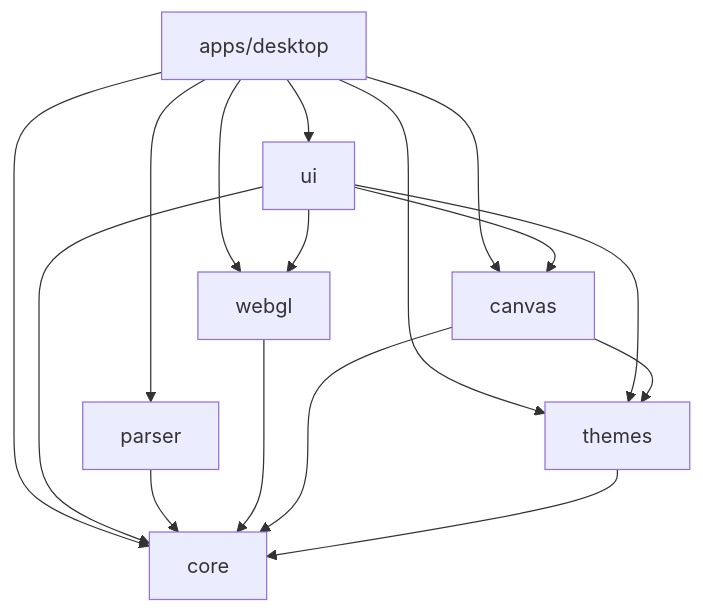
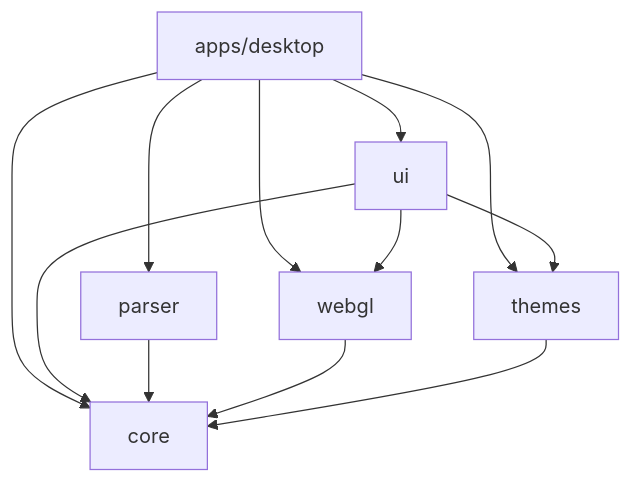
One commit to sebas-tcotd/vellum changed the first of 2 diagrams in docs/en/project-overview.md. Above: the diagram before and after it, drawn with Mermaid. The commit also changed other lines of this file and 4 other files, not shown here.

````diff
--- a/docs/en/project-overview.md
+++ b/docs/en/project-overview.md
@@ -55,18 +61,14 @@
 ```mermaid
 graph TD
   desktop["apps/desktop"] --> ui
   desktop --> core
   desktop --> parser
   desktop --> webgl
-  desktop --> canvas
   desktop --> themes
   ui --> core
   ui --> webgl
-  ui --> canvas
   ui --> themes
   parser --> core
   webgl --> core
-  canvas --> core
-  canvas --> themes
   themes --> core
 ```
````
